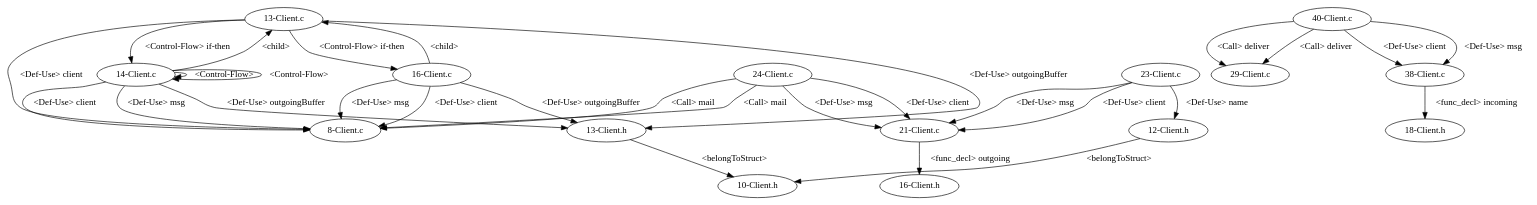
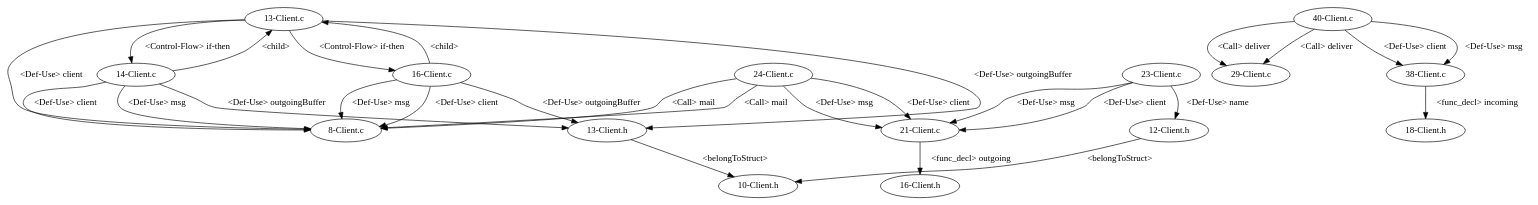
Before and after one commit to shuiblue/JDimeForCpp: the diagram in testcpp/dependencyGraph/EmailSystem/test_12/graph.gv, drawn with Graphviz. The commit also changed 14 other files, not shown here.

```diff
--- a/testcpp/dependencyGraph/EmailSystem/test_12/graph.gv
+++ b/testcpp/dependencyGraph/EmailSystem/test_12/graph.gv
@@ -1,46 +1,44 @@
 digraph {
 1 [label = "8-Client.c"];
 2 [label = "13-Client.c"];
 2 -> 1[label="<Def-Use> client"];
 3 [label = "14-Client.c"];
 3 -> 1[label="<Def-Use> client"];
 3 -> 1[label="<Def-Use> msg"];
 3 -> 2[label="<child>"];
 4 [label = "16-Client.c"];
 4 -> 1[label="<Def-Use> client"];
 4 -> 2[label="<child>"];
 4 -> 1[label="<Def-Use> msg"];
 2 -> 3[label="<Control-Flow> if-then"];
-3 -> 3[label="<Control-Flow>"];
-3 -> 3[label="<Control-Flow>"];
 2 -> 4[label="<Control-Flow> if-then"];
 5 [label = "21-Client.c"];
 6 [label = "23-Client.c"];
 6 -> 5[label="<Def-Use> msg"];
 6 -> 5[label="<Def-Use> client"];
 7 [label = "24-Client.c"];
 7 -> 1[label="<Call> mail"];
 7 -> 5[label="<Def-Use> client"];
 7 -> 5[label="<Def-Use> msg"];
 8 [label = "29-Client.c"];
 9 [label = "38-Client.c"];
 10 [label = "40-Client.c"];
 10 -> 8[label="<Call> deliver"];
 10 -> 9[label="<Def-Use> client"];
 10 -> 9[label="<Def-Use> msg"];
 11 [label = "10-Client.h"];
 12 [label = "12-Client.h"];
 13 [label = "13-Client.h"];
 12 -> 11[label="<belongToStruct>"];
 13 -> 11[label="<belongToStruct>"];
 14 [label = "16-Client.h"];
 15 [label = "18-Client.h"];
+10 -> 8[label="<Call> deliver"];
 6 -> 12[label="<Def-Use> name"];
+2 -> 13[label="<Def-Use> outgoingBuffer"];
 4 -> 13[label="<Def-Use> outgoingBuffer"];
+7 -> 1[label="<Call> mail"];
 3 -> 13[label="<Def-Use> outgoingBuffer"];
-7 -> 1[label="<Call> mail"];
-10 -> 8[label="<Call> deliver"];
-2 -> 13[label="<Def-Use> outgoingBuffer"];
 9 -> 15[label="<func_decl> incoming"];
 5 -> 14[label="<func_decl> outgoing"];
 }
```
